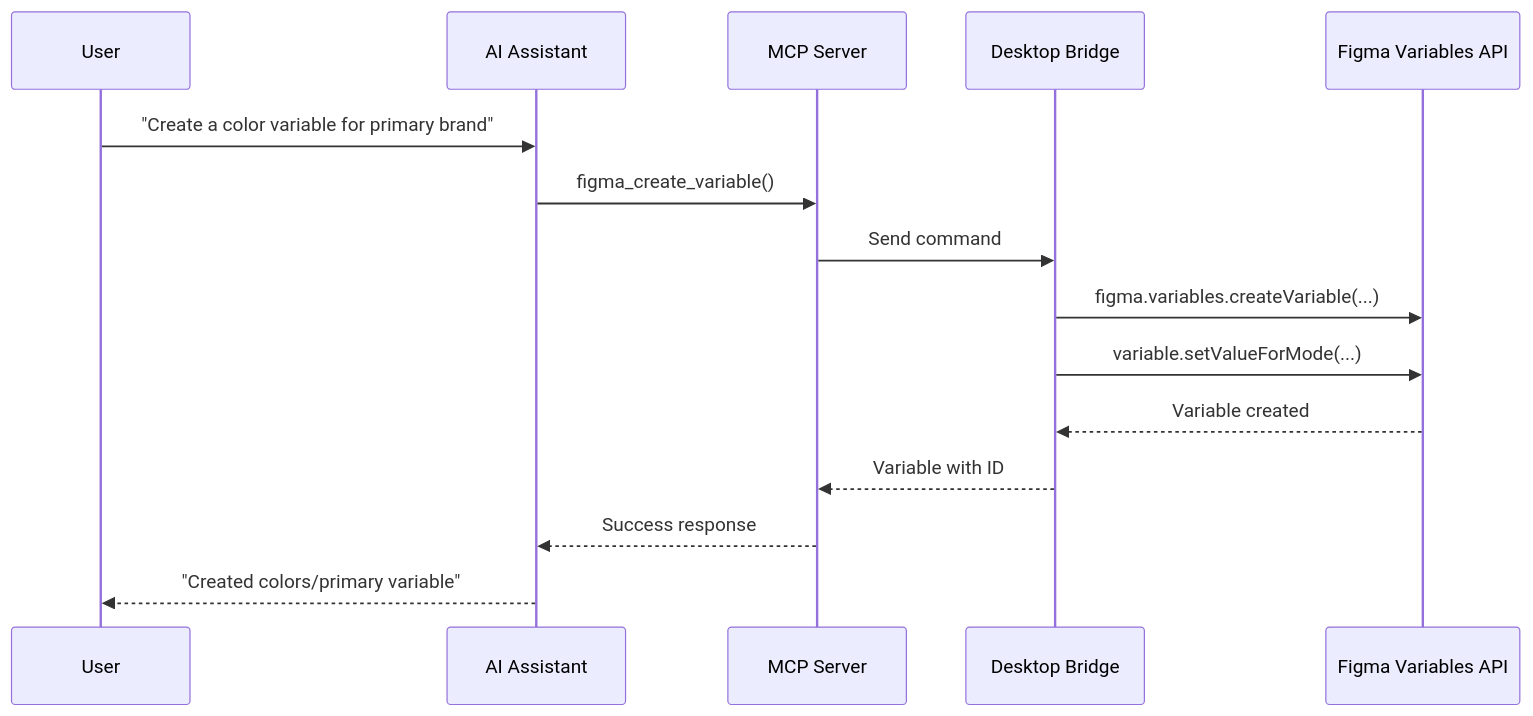
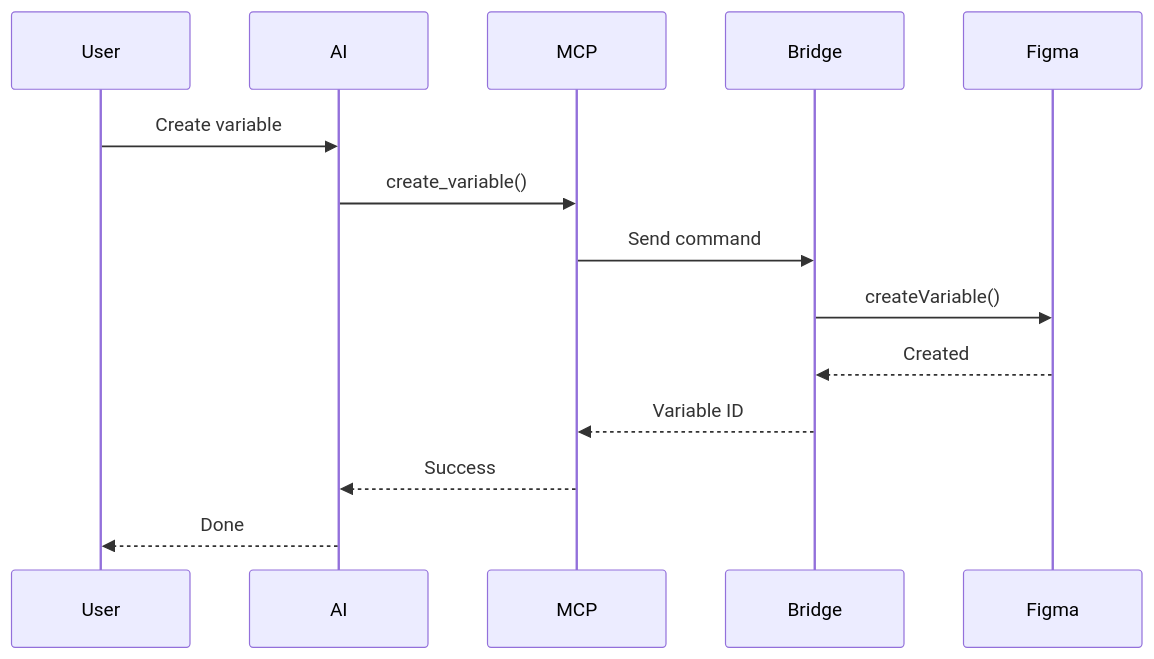
One commit to southleft/figma-console-mcp changed the fifth of 6 diagrams in docs/architecture.md. Above: the diagram before and after it, drawn with Mermaid. The commit also changed other lines of this file, not shown here.

First line of the commit message:
fix(docs): Optimize Mermaid charts for container width

````diff
--- a/docs/architecture.md
+++ b/docs/architecture.md
@@ -240,18 +214,17 @@
 ```mermaid
 sequenceDiagram
-    participant User
-    participant AI as AI Assistant
-    participant MCP as MCP Server
-    participant Bridge as Desktop Bridge
-    participant Figma as Figma Variables API
+    participant U as User
+    participant A as AI
+    participant M as MCP
+    participant B as Bridge
+    participant F as Figma
 
-    User->>AI: "Create a color variable for primary brand"
-    AI->>MCP: figma_create_variable()
-    MCP->>Bridge: Send command
-    Bridge->>Figma: figma.variables.createVariable(...)
-    Bridge->>Figma: variable.setValueForMode(...)
-    Figma-->>Bridge: Variable created
-    Bridge-->>MCP: Variable with ID
-    MCP-->>AI: Success response
-    AI-->>User: "Created colors/primary variable"
+    U->>A: Create variable
+    A->>M: create_variable()
+    M->>B: Send command
+    B->>F: createVariable()
+    F-->>B: Created
+    B-->>M: Variable ID
+    M-->>A: Success
+    A-->>U: Done
 ```
````
